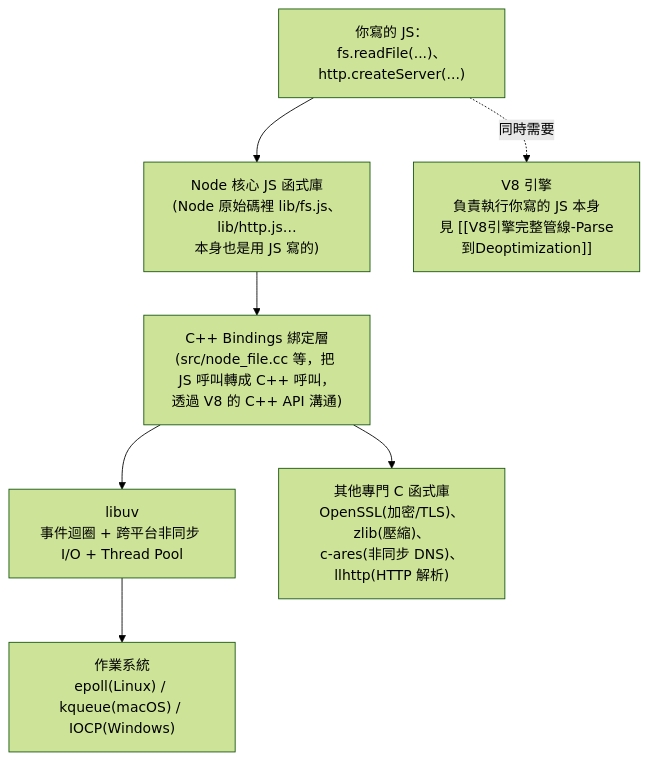
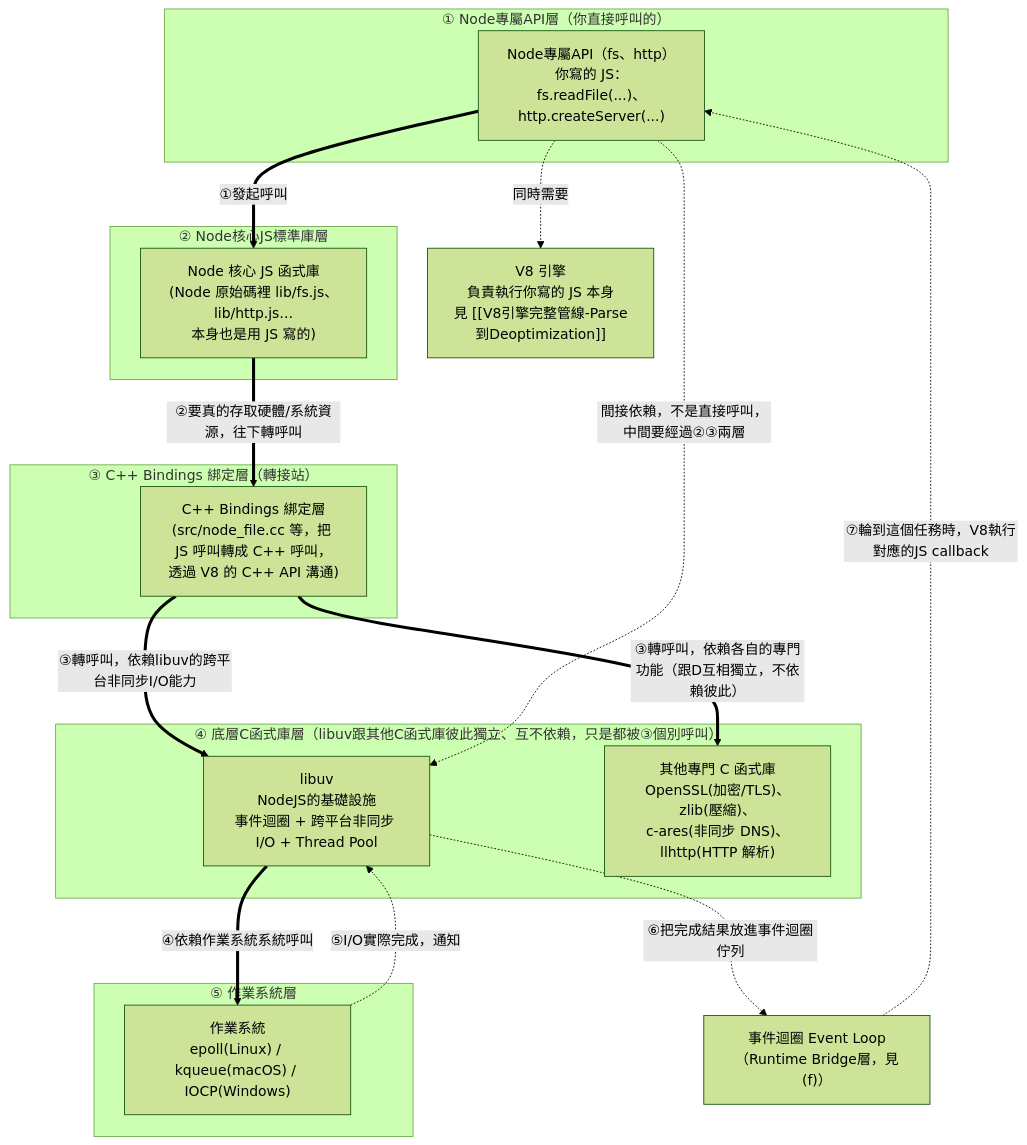
One commit to Abbychickenfillet-github/golang-and-TS-others-md-files changed the first of 2 diagrams in frontend-docs/javascript/JS_Core_and_Runtime/Node-js底層架構-V8-libuv-Bindings與CSR澄清.md. Above: the diagram before and after it, drawn with Mermaid (forest theme). The commit also changed other lines of this file and 17 other files, not shown here.

````diff
--- a/frontend-docs/javascript/JS_Core_and_Runtime/Node-js底層架構-V8-libuv-Bindings與CSR澄清.md
+++ b/frontend-docs/javascript/JS_Core_and_Runtime/Node-js底層架構-V8-libuv-Bindings與CSR澄清.md
@@ -25,9 +26,32 @@
 ```mermaid
 flowchart TD
-    A["你寫的 JS：fs.readFile(...)、http.createServer(...)"] --> B["Node 核心 JS 函式庫\n(Node 原始碼裡 lib/fs.js、lib/http.js…\n本身也是用 JS 寫的)"]
-    B --> C["C++ Bindings 綁定層\n(src/node_file.cc 等，把 JS 呼叫轉成 C++ 呼叫，\n透過 V8 的 C++ API 溝通)"]
-    C --> D["libuv\n事件迴圈 + 跨平台非同步 I/O + Thread Pool"]
-    C --> E["其他專門 C 函式庫\nOpenSSL(加密/TLS)、zlib(壓縮)、\nc-ares(非同步 DNS)、llhttp(HTTP 解析)"]
-    D --> F["作業系統\nepoll(Linux) / kqueue(macOS) / IOCP(Windows)"]
-    A -.同時需要.-> G["V8 引擎\n負責執行你寫的 JS 本身\n見 [[V8引擎完整管線-Parse到Deoptimization]]"]
+    subgraph T1["① Node專屬API層（你直接呼叫的）"]
+        A["Node專屬API（fs、http）<br/>你寫的 JS：fs.readFile(...)、http.createServer(...)"]
+    end
+    subgraph T2["② Node核心JS標準庫層"]
+        B["Node 核心 JS 函式庫<br/>(Node 原始碼裡 lib/fs.js、lib/http.js…<br/>本身也是用 JS 寫的)"]
+    end
+    subgraph T3["③ C++ Bindings 綁定層（轉接站）"]
+        C["C++ Bindings 綁定層<br/>(src/node_file.cc 等，把 JS 呼叫轉成 C++ 呼叫，<br/>透過 V8 的 C++ API 溝通)"]
+    end
+    subgraph T4["④ 底層C函式庫層（libuv跟其他C函式庫彼此獨立、互不依賴，只是都被③個別呼叫）"]
+        D["libuv<br/>NodeJS的基礎設施<br/>事件迴圈 + 跨平台非同步 I/O + Thread Pool"]
+        E["其他專門 C 函式庫<br/>OpenSSL(加密/TLS)、zlib(壓縮)、<br/>c-ares(非同步 DNS)、llhttp(HTTP 解析)"]
+    end
+    subgraph T5["⑤ 作業系統層"]
+        F["作業系統<br/>epoll(Linux) / kqueue(macOS) / IOCP(Windows)"]
+    end
+
+    A ==>|"①發起呼叫"| B
+    B ==>|"②要真的存取硬體/系統資源，往下轉呼叫"| C
+    C ==>|"③轉呼叫，依賴libuv的跨平台非同步I/O能力"| D
+    C ==>|"③轉呼叫，依賴各自的專門功能（跟D互相獨立，不依賴彼此）"| E
+    D ==>|"④依賴作業系統系統呼叫"| F
+    A -.->|"間接依賴，不是直接呼叫，中間要經過②③兩層"| D
+
+    F -.->|"⑤I/O實際完成，通知"| D
+    D -.->|"⑥把完成結果放進事件迴圈佇列"| LOOP["事件迴圈 Event Loop<br/>（Runtime Bridge層，見(f)）"]
+    LOOP -.->|"⑦輪到這個任務時，V8執行對應的JS callback"| A
+
+    A -.->|"同時需要"| G["V8 引擎<br/>負責執行你寫的 JS 本身<br/>見 [[V8引擎完整管線-Parse到Deoptimization]]"]
 ```
````
